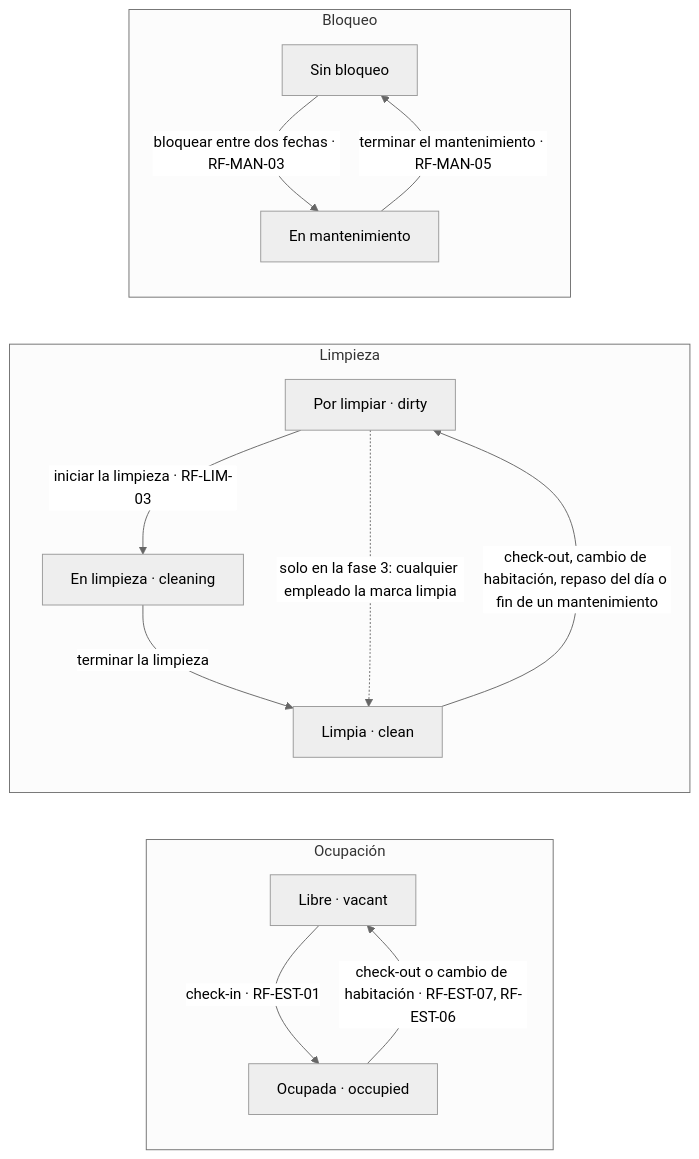
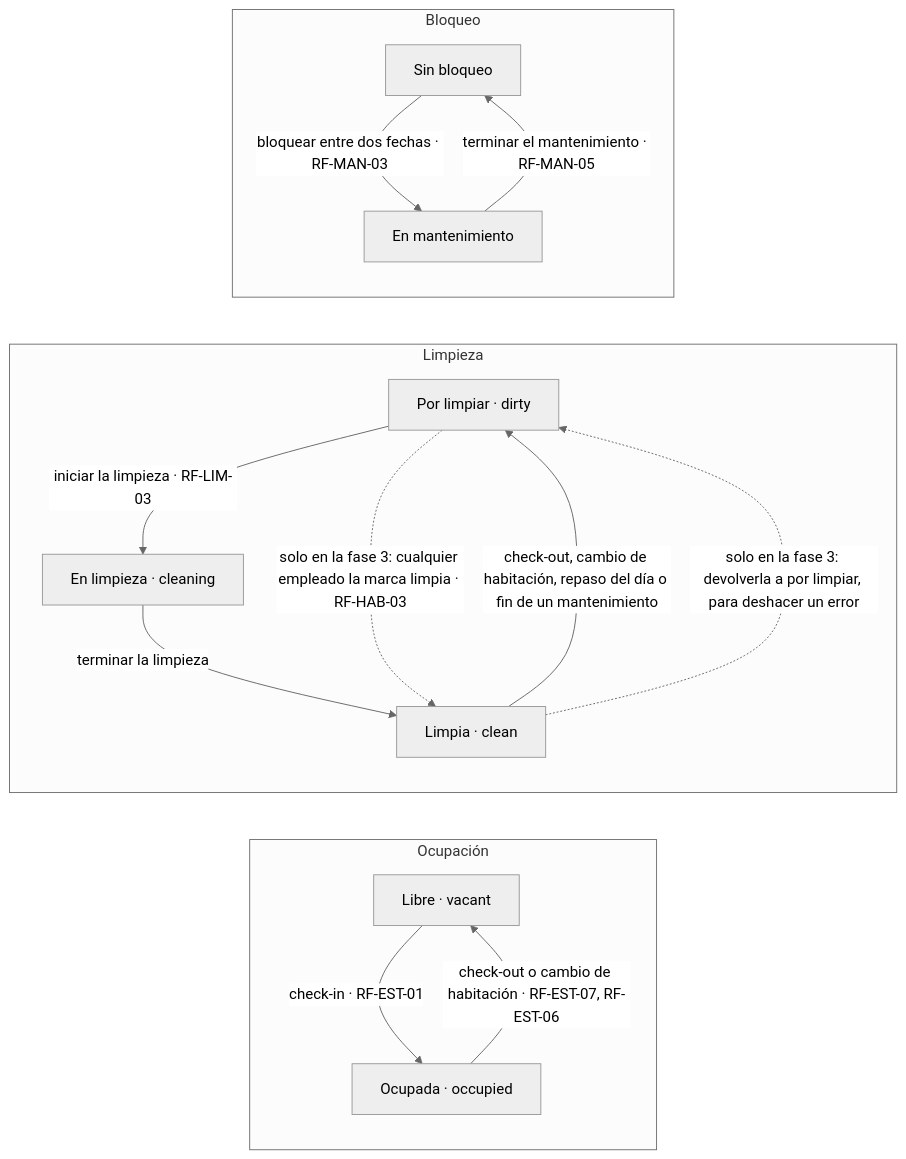
The second of 13 diagrams in docs/PRD.md (PeakDevCol/HotelManagement), drawn with Mermaid (neutral theme) before and after one commit. The commit also changed other lines of this file, not shown here.

````diff
--- a/docs/PRD.md
+++ b/docs/PRD.md
@@ -999,17 +1008,18 @@
 ```mermaid
 flowchart LR
     subgraph occupancy ["Ocupación"]
         vacant["Libre · vacant"] -->|"check-in · RF-EST-01"| occupied["Ocupada · occupied"]
         occupied -->|"check-out o cambio de habitación · RF-EST-07, RF-EST-06"| vacant
     end
     subgraph housekeeping ["Limpieza"]
         dirty["Por limpiar · dirty"] -->|"iniciar la limpieza · RF-LIM-03"| cleaning["En limpieza · cleaning"]
         cleaning -->|"terminar la limpieza"| clean["Limpia · clean"]
         clean -->|"check-out, cambio de habitación, repaso del día o fin de un mantenimiento"| dirty
-        dirty -.->|"solo en la fase 3: cualquier empleado la marca limpia"| clean
+        dirty -.->|"solo en la fase 3: cualquier empleado la marca limpia · RF-HAB-03"| clean
+        clean -.->|"solo en la fase 3: devolverla a por limpiar, para deshacer un error"| dirty
     end
     subgraph roomBlock ["Bloqueo"]
         unblocked["Sin bloqueo"] -->|"bloquear entre dos fechas · RF-MAN-03"| blocked["En mantenimiento"]
         blocked -->|"terminar el mantenimiento · RF-MAN-05"| unblocked
     end
 ```
````
